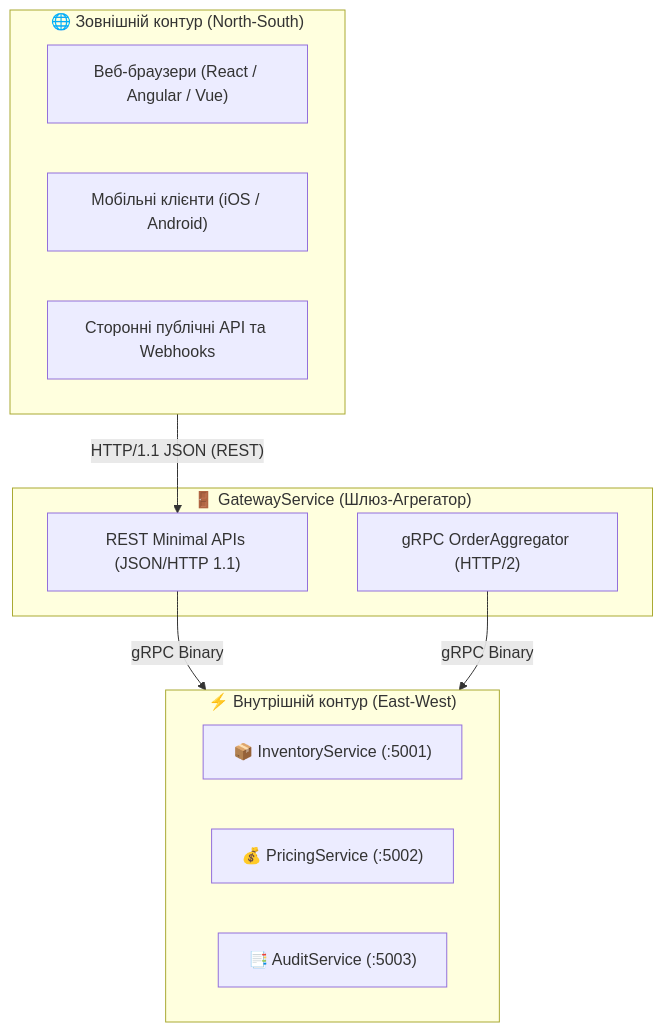
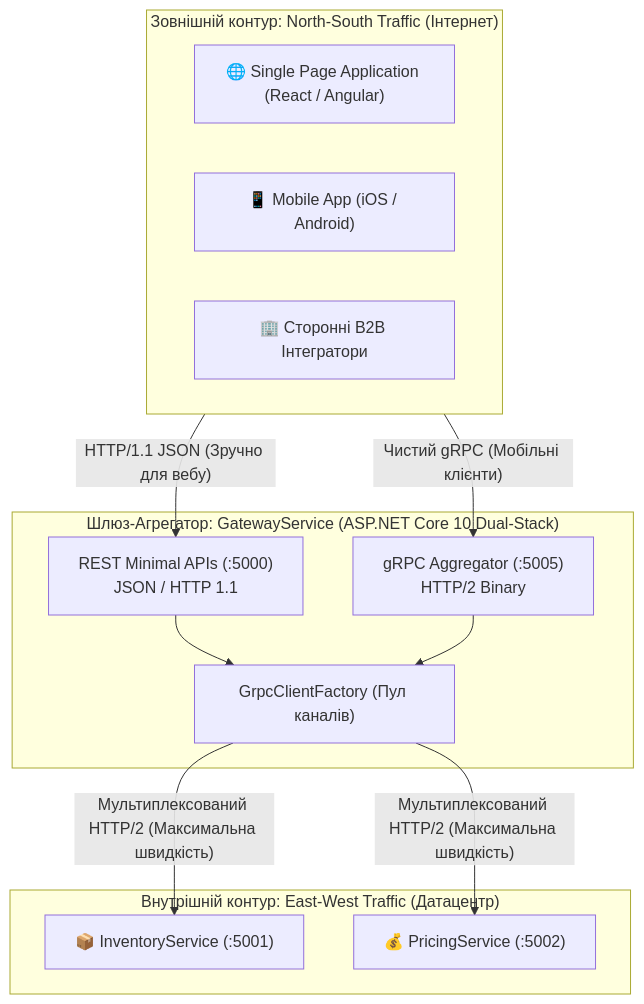
One commit to MrTomkaYurii/AspNet-gRPC-Mastery changed the diagram in docs/Mastery-04-REST-vs-gRPC-Hybrid.md. Above: the diagram before and after it, drawn with Mermaid. The commit also changed other lines of this file and 5 other files, not shown here.

Commit message:
docs(academic): enrich comprehensive theoretical handbooks with binary layouts, diagrams, and labs

````diff
--- a/docs/Mastery-04-REST-vs-gRPC-Hybrid.md
+++ b/docs/Mastery-04-REST-vs-gRPC-Hybrid.md
@@ -28,23 +47,28 @@
 ```mermaid
 flowchart TD
-    subgraph ExternalWorld ["🌐 Зовнішній контур (North-South)"]
-        Browser["Веб-браузери (React / Angular / Vue)"]
-        Mobile["Мобільні клієнти (iOS / Android)"]
-        ThirdParty["Сторонні публічні API та Webhooks"]
+    subgraph NorthSouthZone ["Зовнішній контур: North-South Traffic (Інтернет)"]
+        Browser["🌐 Single Page Application (React / Angular)"]
+        Mobile["📱 Mobile App (iOS / Android)"]
+        PublicAPI["🏢 Сторонні B2B Інтегратори"]
     end
 
-    subgraph Gateway ["🚪 GatewayService (Шлюз-Агрегатор)"]
-        RestEngine["REST Minimal APIs (JSON/HTTP 1.1)"]
-        GrpcEngine["gRPC OrderAggregator (HTTP/2)"]
+    subgraph GatewayNode ["Шлюз-Агрегатор: GatewayService (ASP.NET Core 10 Dual-Stack)"]
+        RestEngine["REST Minimal APIs (:5000)
+JSON / HTTP 1.1"]
+        GrpcEngine["gRPC Aggregator (:5005)
+HTTP/2 Binary"]
+        ClientFactory["GrpcClientFactory (Пул каналів)"]
     end
 
-    subgraph InternalMesh ["⚡ Внутрішній контур (East-West)"]
-        Inventory["📦 InventoryService (:5001)"]
-        Pricing["💰 PricingService (:5002)"]
-        Audit["📑 AuditService (:5003)"]
+    subgraph EastWestZone ["Внутрішній контур: East-West Traffic (Датацентр)"]
+        InventoryService["📦 InventoryService (:5001)"]
+        PricingService["💰 PricingService (:5002)"]
     end
 
-    ExternalWorld -->|"HTTP/1.1 JSON (REST)"| RestEngine
-    RestEngine -->|"gRPC Binary"| InternalMesh
-    GrpcEngine -->|"gRPC Binary"| InternalMesh
+    NorthSouthZone -->|"HTTP/1.1 JSON (Зручно для вебу)"| RestEngine
+    NorthSouthZone -->|"Чистий gRPC (Мобільні клієнти)"| GrpcEngine
+    RestEngine --> ClientFactory
+    GrpcEngine --> ClientFactory
+    ClientFactory -->|"Мультиплексований HTTP/2 (Максимальна швидкість)"| InventoryService
+    ClientFactory -->|"Мультиплексований HTTP/2 (Максимальна швидкість)"| PricingService
 ```
````
